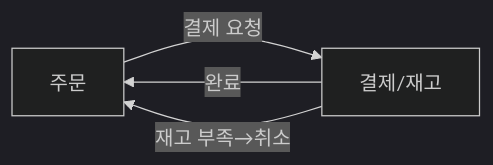
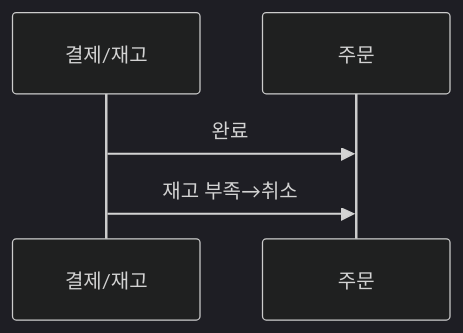
One commit to yjkim2015/yjkim2015.github.io changed diagram 11 of 15 in _posts/architecture/2026-05-02-msa-deep.md. Above: the diagram before and after it, drawn with Mermaid (dark theme). The commit also changed other lines of this file and 89 other files, not shown here.

First line of the commit message:
복잡한 flowchart 163개 → sequenceDiagram 변환 (90파일)

````diff
--- a/_posts/architecture/2026-05-02-msa-deep.md
+++ b/_posts/architecture/2026-05-02-msa-deep.md
@@ -372,6 +369,5 @@
 ```mermaid
-graph LR
-    OS["주문"] -->|"결제 요청"| PS["결제/재고"]
-    PS -->|"완료"| OS
-    PS -->|"재고 부족→취소"| OS
+sequenceDiagram
+    결제/재고->>주문: 완료
+    결제/재고->>주문: 재고 부족→취소
 ```
````
